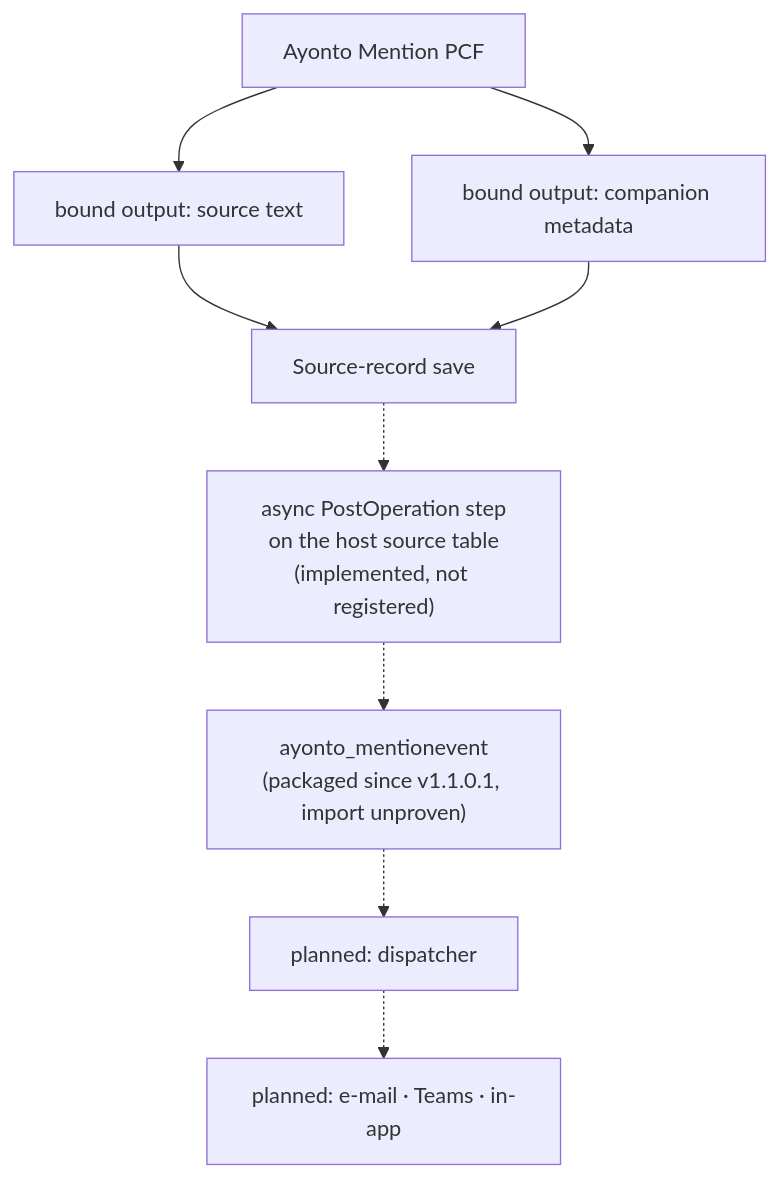
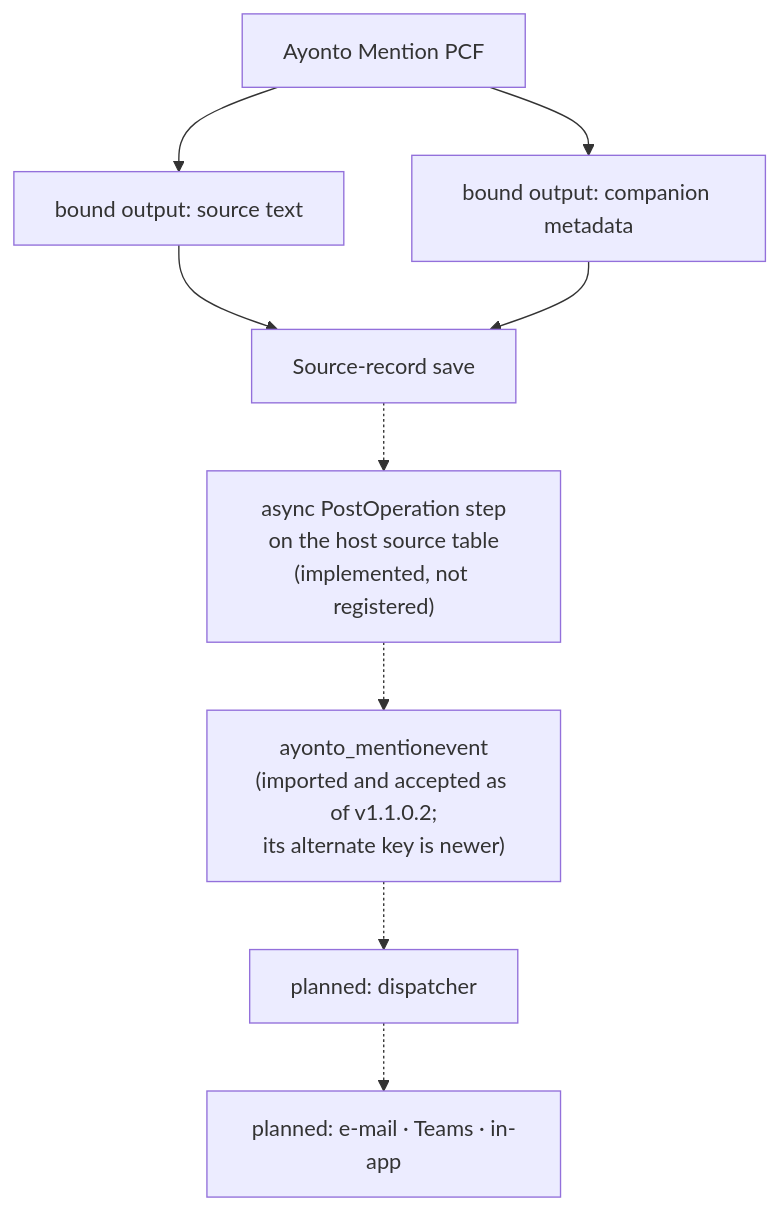
Before and after one commit to Ayonto-Digital-Solutions/ayonto-mention: the diagram in docs/server-architecture.md, drawn with Mermaid. The commit also changed other lines of this file and 22 other files, not shown here.

````diff
--- a/docs/server-architecture.md
+++ b/docs/server-architecture.md
@@ -476,11 +486,11 @@
 ```mermaid
 flowchart TD
     pcf["Ayonto Mention PCF"] --> text["bound output: source text"]
     pcf --> meta["bound output: companion metadata"]
     text --> save["Source-record save"]
     meta --> save
     save -.-> step["async PostOperation step<br/>on the host source table<br/>(implemented, not registered)"]
-    step -.-> ledger["ayonto_mentionevent<br/>(packaged since v1.1.0.1, import unproven)"]
+    step -.-> ledger["ayonto_mentionevent<br/>(imported and accepted as of v1.1.0.2;<br/>its alternate key is newer)"]
     ledger -.-> dispatcher["planned: dispatcher"]
     dispatcher -.-> channels["planned: e-mail · Teams · in-app"]
 ```
````
